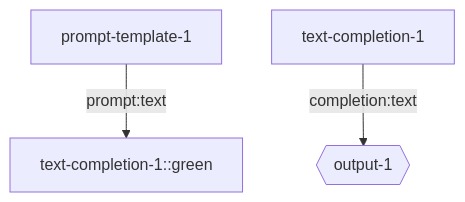
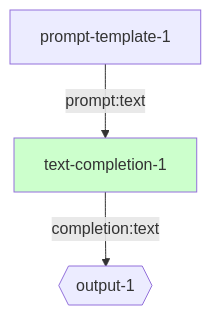
Before and after one commit to breadboard-ai/breadboard: the diagram in seeds/graph-playground/docs/graphs/auto-simple-prompt.md, drawn with Mermaid.

Commit message:
[graph-playground] Try styling diagrams (again)

````diff
--- a/seeds/graph-playground/docs/graphs/auto-simple-prompt.md
+++ b/seeds/graph-playground/docs/graphs/auto-simple-prompt.md
@@ -4,6 +4,6 @@
 ```mermaid
 graph TD;
-prompt-template-1 -- prompt:text --> text-completion-1::green
+prompt-template-1 -- prompt:text --> text-completion-1:::green
 text-completion-1 -- completion:text --> output-1{{output-1}}
 classDef green fill:#cfc
 ```
````
